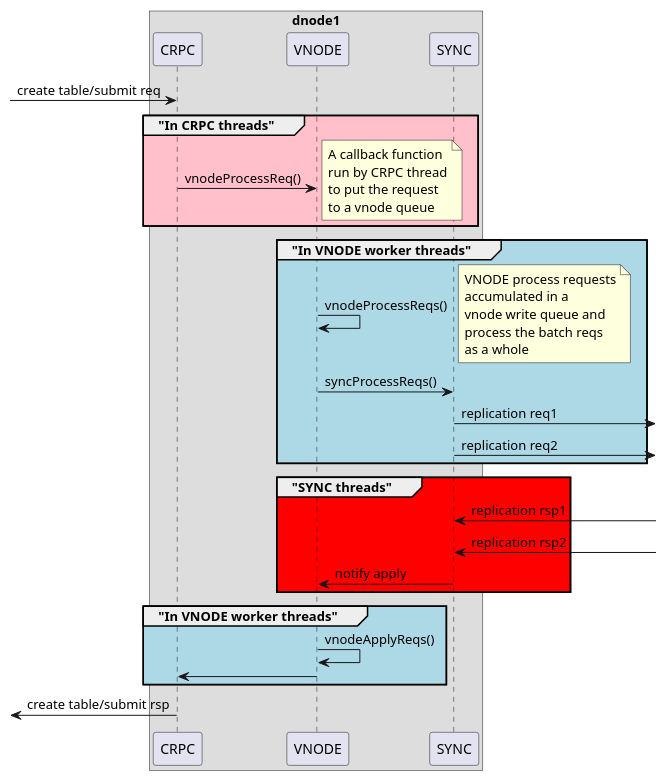
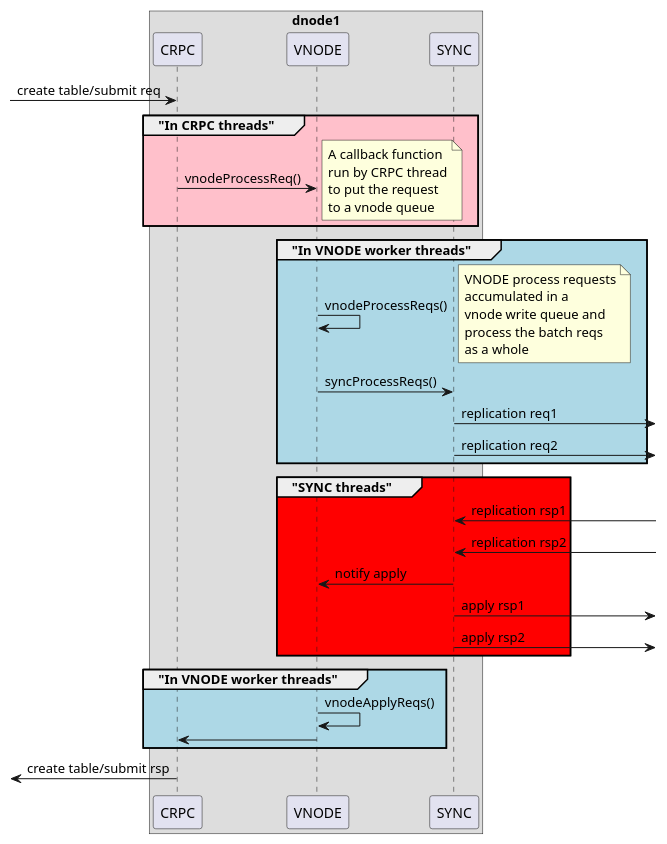
The second of 5 diagrams in docs/scratch.md (taosdata/TDengine), drawn with PlantUML before and after one commit. The commit also changed other lines of this file, not shown here.

````diff
--- a/docs/scratch.md
+++ b/docs/scratch.md
@@ -78,53 +79,55 @@
 ```plantuml
-    @startuml vnode_process_write
+    @startuml leader_process_stict_consistency
     box "dnode1"
         participant CRPC as crpc
         participant VNODE as vnode
         participant SYNC as sync
     end box
 
     -> crpc: create table/submit req
 
     ' In CRPC threads
     group #pink "In CRPC threads"
         crpc -> vnode:vnodeProcessReq()
         note right
             A callback function
             run by CRPC thread
             to put the request
             to a vnode queue
         end note
     end
 
     ' In VNODE worker threads
     group #lightblue "In VNODE worker threads"
         vnode -> vnode: vnodeProcessReqs()
         note right
             VNODE process requests
             accumulated in a 
             vnode write queue and
             process the batch reqs
             as a whole
         end note
 
         vnode -> sync: syncProcessReqs()
 
         sync -> : replication req1
         sync -> : replication req2
     end
 
     group #red "SYNC threads"
         sync <- : replication rsp1
         sync <- : replication rsp2
         sync -> vnode: notify apply
+        sync -> : apply rsp1
+        sync -> : apply rsp2
     end
 
     group #lightblue "In VNODE worker threads"
         vnode -> vnode: vnodeApplyReqs()
         vnode -> crpc:
     end
 
     <- crpc: create table/submit rsp
 
     @enduml
 ```
````
